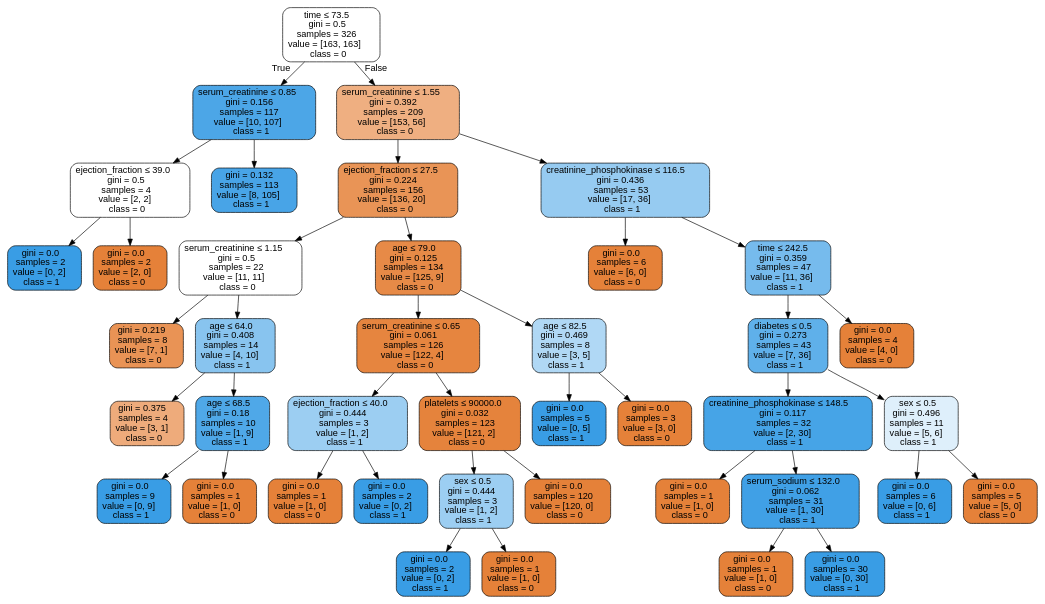
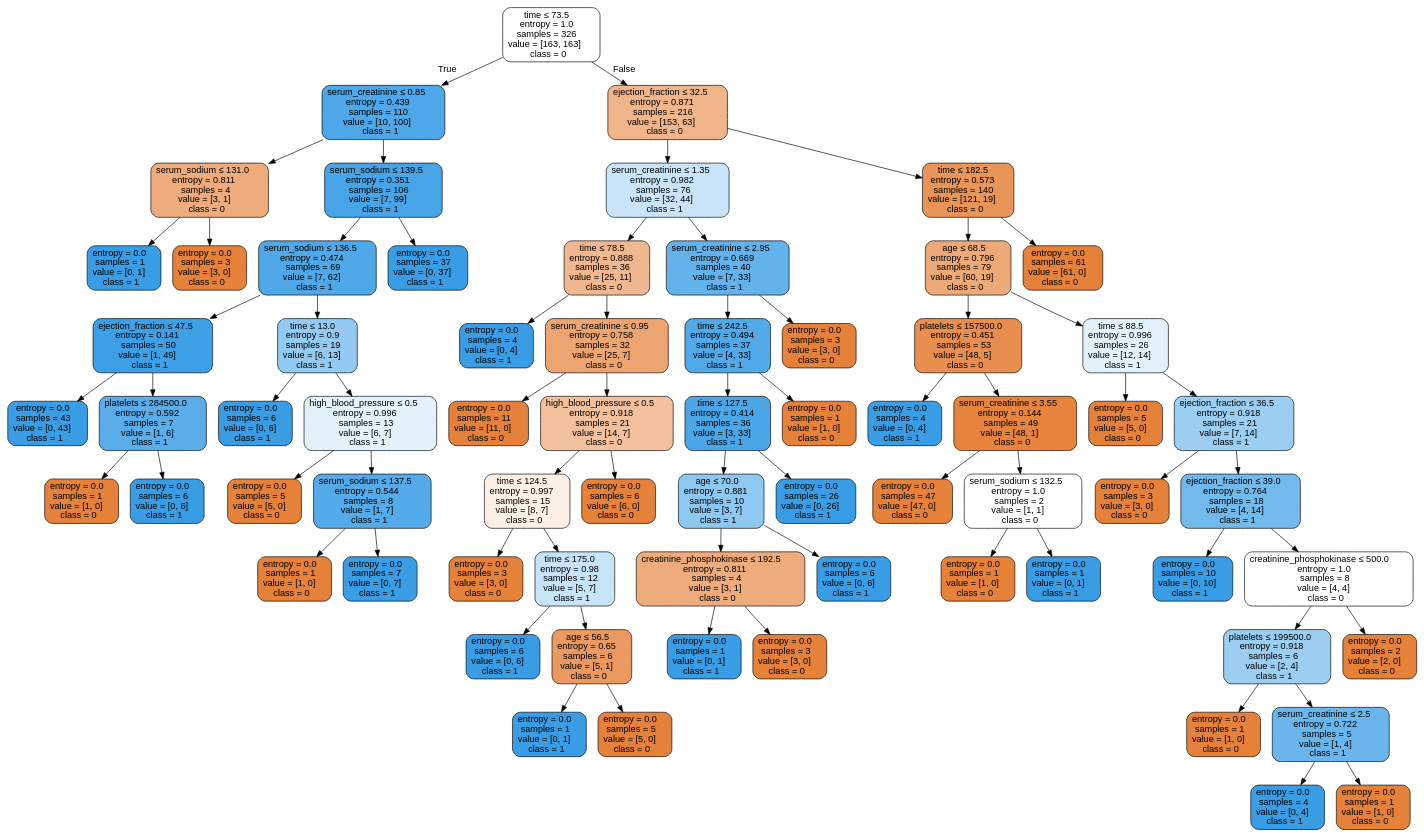
Before and after one commit to isabelSoares/CD-2021: the diagram in Labs/NewClassifiers/Results/DecisionTrees/SMOTE/First/HFCR - SMOTE - dtree.dot, drawn with Graphviz. The commit also changed 173 other files, not shown here.

```diff
--- a/Labs/NewClassifiers/Results/DecisionTrees/SMOTE/First/HFCR - SMOTE - dtree.dot
+++ b/Labs/NewClassifiers/Results/DecisionTrees/SMOTE/First/HFCR - SMOTE - dtree.dot
@@ -1,85 +1,141 @@
 digraph Tree {
 node [shape=box, style="filled, rounded", color="black", fontname=helvetica] ;
 edge [fontname=helvetica] ;
-0 [label=<time &le; 73.5<br/>gini = 0.5<br/>samples = 326<br/>value = [163, 163]<br/>class = 0>, fillcolor="#ffffff"] ;
-1 [label=<serum_creatinine &le; 0.85<br/>gini = 0.156<br/>samples = 117<br/>value = [10, 107]<br/>class = 1>, fillcolor="#4ca6e7"] ;
+0 [label=<time &le; 73.5<br/>entropy = 1.0<br/>samples = 326<br/>value = [163, 163]<br/>class = 0>, fillcolor="#ffffff"] ;
+1 [label=<serum_creatinine &le; 0.85<br/>entropy = 0.439<br/>samples = 110<br/>value = [10, 100]<br/>class = 1>, fillcolor="#4da7e8"] ;
 0 -> 1 [labeldistance=2.5, labelangle=45, headlabel="True"] ;
-2 [label=<ejection_fraction &le; 39.0<br/>gini = 0.5<br/>samples = 4<br/>value = [2, 2]<br/>class = 0>, fillcolor="#ffffff"] ;
+2 [label=<serum_sodium &le; 131.0<br/>entropy = 0.811<br/>samples = 4<br/>value = [3, 1]<br/>class = 0>, fillcolor="#eeab7b"] ;
 1 -> 2 ;
-3 [label=<gini = 0.0<br/>samples = 2<br/>value = [0, 2]<br/>class = 1>, fillcolor="#399de5"] ;
+3 [label=<entropy = 0.0<br/>samples = 1<br/>value = [0, 1]<br/>class = 1>, fillcolor="#399de5"] ;
 2 -> 3 ;
-4 [label=<gini = 0.0<br/>samples = 2<br/>value = [2, 0]<br/>class = 0>, fillcolor="#e58139"] ;
+4 [label=<entropy = 0.0<br/>samples = 3<br/>value = [3, 0]<br/>class = 0>, fillcolor="#e58139"] ;
 2 -> 4 ;
-5 [label=<gini = 0.132<br/>samples = 113<br/>value = [8, 105]<br/>class = 1>, fillcolor="#48a4e7"] ;
+5 [label=<serum_sodium &le; 139.5<br/>entropy = 0.351<br/>samples = 106<br/>value = [7, 99]<br/>class = 1>, fillcolor="#47a4e7"] ;
 1 -> 5 ;
-6 [label=<serum_creatinine &le; 1.55<br/>gini = 0.392<br/>samples = 209<br/>value = [153, 56]<br/>class = 0>, fillcolor="#efaf81"] ;
-0 -> 6 [labeldistance=2.5, labelangle=-45, headlabel="False"] ;
-7 [label=<ejection_fraction &le; 27.5<br/>gini = 0.224<br/>samples = 156<br/>value = [136, 20]<br/>class = 0>, fillcolor="#e99456"] ;
+6 [label=<serum_sodium &le; 136.5<br/>entropy = 0.474<br/>samples = 69<br/>value = [7, 62]<br/>class = 1>, fillcolor="#4fa8e8"] ;
+5 -> 6 ;
+7 [label=<ejection_fraction &le; 47.5<br/>entropy = 0.141<br/>samples = 50<br/>value = [1, 49]<br/>class = 1>, fillcolor="#3d9fe6"] ;
 6 -> 7 ;
-8 [label=<serum_creatinine &le; 1.15<br/>gini = 0.5<br/>samples = 22<br/>value = [11, 11]<br/>class = 0>, fillcolor="#ffffff"] ;
+8 [label=<entropy = 0.0<br/>samples = 43<br/>value = [0, 43]<br/>class = 1>, fillcolor="#399de5"] ;
 7 -> 8 ;
-9 [label=<gini = 0.219<br/>samples = 8<br/>value = [7, 1]<br/>class = 0>, fillcolor="#e99355"] ;
-8 -> 9 ;
-10 [label=<age &le; 64.0<br/>gini = 0.408<br/>samples = 14<br/>value = [4, 10]<br/>class = 1>, fillcolor="#88c4ef"] ;
-8 -> 10 ;
-11 [label=<gini = 0.375<br/>samples = 4<br/>value = [3, 1]<br/>class = 0>, fillcolor="#eeab7b"] ;
-10 -> 11 ;
-12 [label=<age &le; 68.5<br/>gini = 0.18<br/>samples = 10<br/>value = [1, 9]<br/>class = 1>, fillcolor="#4fa8e8"] ;
-10 -> 12 ;
-13 [label=<gini = 0.0<br/>samples = 9<br/>value = [0, 9]<br/>class = 1>, fillcolor="#399de5"] ;
+9 [label=<platelets &le; 284500.0<br/>entropy = 0.592<br/>samples = 7<br/>value = [1, 6]<br/>class = 1>, fillcolor="#5aade9"] ;
+7 -> 9 ;
+10 [label=<entropy = 0.0<br/>samples = 1<br/>value = [1, 0]<br/>class = 0>, fillcolor="#e58139"] ;
+9 -> 10 ;
+11 [label=<entropy = 0.0<br/>samples = 6<br/>value = [0, 6]<br/>class = 1>, fillcolor="#399de5"] ;
+9 -> 11 ;
+12 [label=<time &le; 13.0<br/>entropy = 0.9<br/>samples = 19<br/>value = [6, 13]<br/>class = 1>, fillcolor="#94caf1"] ;
+6 -> 12 ;
+13 [label=<entropy = 0.0<br/>samples = 6<br/>value = [0, 6]<br/>class = 1>, fillcolor="#399de5"] ;
 12 -> 13 ;
-14 [label=<gini = 0.0<br/>samples = 1<br/>value = [1, 0]<br/>class = 0>, fillcolor="#e58139"] ;
+14 [label=<high_blood_pressure &le; 0.5<br/>entropy = 0.996<br/>samples = 13<br/>value = [6, 7]<br/>class = 1>, fillcolor="#e3f1fb"] ;
 12 -> 14 ;
-15 [label=<age &le; 79.0<br/>gini = 0.125<br/>samples = 134<br/>value = [125, 9]<br/>class = 0>, fillcolor="#e78a47"] ;
-7 -> 15 ;
-16 [label=<serum_creatinine &le; 0.65<br/>gini = 0.061<br/>samples = 126<br/>value = [122, 4]<br/>class = 0>, fillcolor="#e6853f"] ;
-15 -> 16 ;
-17 [label=<ejection_fraction &le; 40.0<br/>gini = 0.444<br/>samples = 3<br/>value = [1, 2]<br/>class = 1>, fillcolor="#9ccef2"] ;
+15 [label=<entropy = 0.0<br/>samples = 5<br/>value = [5, 0]<br/>class = 0>, fillcolor="#e58139"] ;
+14 -> 15 ;
+16 [label=<serum_sodium &le; 137.5<br/>entropy = 0.544<br/>samples = 8<br/>value = [1, 7]<br/>class = 1>, fillcolor="#55abe9"] ;
+14 -> 16 ;
+17 [label=<entropy = 0.0<br/>samples = 1<br/>value = [1, 0]<br/>class = 0>, fillcolor="#e58139"] ;
 16 -> 17 ;
-18 [label=<gini = 0.0<br/>samples = 1<br/>value = [1, 0]<br/>class = 0>, fillcolor="#e58139"] ;
-17 -> 18 ;
-19 [label=<gini = 0.0<br/>samples = 2<br/>value = [0, 2]<br/>class = 1>, fillcolor="#399de5"] ;
-17 -> 19 ;
-20 [label=<platelets &le; 90000.0<br/>gini = 0.032<br/>samples = 123<br/>value = [121, 2]<br/>class = 0>, fillcolor="#e5833c"] ;
-16 -> 20 ;
-21 [label=<sex &le; 0.5<br/>gini = 0.444<br/>samples = 3<br/>value = [1, 2]<br/>class = 1>, fillcolor="#9ccef2"] ;
+18 [label=<entropy = 0.0<br/>samples = 7<br/>value = [0, 7]<br/>class = 1>, fillcolor="#399de5"] ;
+16 -> 18 ;
+19 [label=<entropy = 0.0<br/>samples = 37<br/>value = [0, 37]<br/>class = 1>, fillcolor="#399de5"] ;
+5 -> 19 ;
+20 [label=<ejection_fraction &le; 32.5<br/>entropy = 0.871<br/>samples = 216<br/>value = [153, 63]<br/>class = 0>, fillcolor="#f0b58b"] ;
+0 -> 20 [labeldistance=2.5, labelangle=-45, headlabel="False"] ;
+21 [label=<serum_creatinine &le; 1.35<br/>entropy = 0.982<br/>samples = 76<br/>value = [32, 44]<br/>class = 1>, fillcolor="#c9e4f8"] ;
 20 -> 21 ;
-22 [label=<gini = 0.0<br/>samples = 2<br/>value = [0, 2]<br/>class = 1>, fillcolor="#399de5"] ;
+22 [label=<time &le; 78.5<br/>entropy = 0.888<br/>samples = 36<br/>value = [25, 11]<br/>class = 0>, fillcolor="#f0b890"] ;
 21 -> 22 ;
-23 [label=<gini = 0.0<br/>samples = 1<br/>value = [1, 0]<br/>class = 0>, fillcolor="#e58139"] ;
-21 -> 23 ;
-24 [label=<gini = 0.0<br/>samples = 120<br/>value = [120, 0]<br/>class = 0>, fillcolor="#e58139"] ;
-20 -> 24 ;
-25 [label=<age &le; 82.5<br/>gini = 0.469<br/>samples = 8<br/>value = [3, 5]<br/>class = 1>, fillcolor="#b0d8f5"] ;
-15 -> 25 ;
-26 [label=<gini = 0.0<br/>samples = 5<br/>value = [0, 5]<br/>class = 1>, fillcolor="#399de5"] ;
-25 -> 26 ;
-27 [label=<gini = 0.0<br/>samples = 3<br/>value = [3, 0]<br/>class = 0>, fillcolor="#e58139"] ;
-25 -> 27 ;
-28 [label=<creatinine_phosphokinase &le; 116.5<br/>gini = 0.436<br/>samples = 53<br/>value = [17, 36]<br/>class = 1>, fillcolor="#96cbf1"] ;
-6 -> 28 ;
-29 [label=<gini = 0.0<br/>samples = 6<br/>value = [6, 0]<br/>class = 0>, fillcolor="#e58139"] ;
-28 -> 29 ;
-30 [label=<time &le; 242.5<br/>gini = 0.359<br/>samples = 47<br/>value = [11, 36]<br/>class = 1>, fillcolor="#76bbed"] ;
-28 -> 30 ;
-31 [label=<diabetes &le; 0.5<br/>gini = 0.273<br/>samples = 43<br/>value = [7, 36]<br/>class = 1>, fillcolor="#5fb0ea"] ;
-30 -> 31 ;
-32 [label=<creatinine_phosphokinase &le; 148.5<br/>gini = 0.117<br/>samples = 32<br/>value = [2, 30]<br/>class = 1>, fillcolor="#46a4e7"] ;
+23 [label=<entropy = 0.0<br/>samples = 4<br/>value = [0, 4]<br/>class = 1>, fillcolor="#399de5"] ;
+22 -> 23 ;
+24 [label=<serum_creatinine &le; 0.95<br/>entropy = 0.758<br/>samples = 32<br/>value = [25, 7]<br/>class = 0>, fillcolor="#eca470"] ;
+22 -> 24 ;
+25 [label=<entropy = 0.0<br/>samples = 11<br/>value = [11, 0]<br/>class = 0>, fillcolor="#e58139"] ;
+24 -> 25 ;
+26 [label=<high_blood_pressure &le; 0.5<br/>entropy = 0.918<br/>samples = 21<br/>value = [14, 7]<br/>class = 0>, fillcolor="#f2c09c"] ;
+24 -> 26 ;
+27 [label=<time &le; 124.5<br/>entropy = 0.997<br/>samples = 15<br/>value = [8, 7]<br/>class = 0>, fillcolor="#fcefe6"] ;
+26 -> 27 ;
+28 [label=<entropy = 0.0<br/>samples = 3<br/>value = [3, 0]<br/>class = 0>, fillcolor="#e58139"] ;
+27 -> 28 ;
+29 [label=<time &le; 175.0<br/>entropy = 0.98<br/>samples = 12<br/>value = [5, 7]<br/>class = 1>, fillcolor="#c6e3f8"] ;
+27 -> 29 ;
+30 [label=<entropy = 0.0<br/>samples = 6<br/>value = [0, 6]<br/>class = 1>, fillcolor="#399de5"] ;
+29 -> 30 ;
+31 [label=<age &le; 56.5<br/>entropy = 0.65<br/>samples = 6<br/>value = [5, 1]<br/>class = 0>, fillcolor="#ea9a61"] ;
+29 -> 31 ;
+32 [label=<entropy = 0.0<br/>samples = 1<br/>value = [0, 1]<br/>class = 1>, fillcolor="#399de5"] ;
 31 -> 32 ;
-33 [label=<gini = 0.0<br/>samples = 1<br/>value = [1, 0]<br/>class = 0>, fillcolor="#e58139"] ;
-32 -> 33 ;
-34 [label=<serum_sodium &le; 132.0<br/>gini = 0.062<br/>samples = 31<br/>value = [1, 30]<br/>class = 1>, fillcolor="#40a0e6"] ;
-32 -> 34 ;
-35 [label=<gini = 0.0<br/>samples = 1<br/>value = [1, 0]<br/>class = 0>, fillcolor="#e58139"] ;
-34 -> 35 ;
-36 [label=<gini = 0.0<br/>samples = 30<br/>value = [0, 30]<br/>class = 1>, fillcolor="#399de5"] ;
-34 -> 36 ;
-37 [label=<sex &le; 0.5<br/>gini = 0.496<br/>samples = 11<br/>value = [5, 6]<br/>class = 1>, fillcolor="#deeffb"] ;
-31 -> 37 ;
-38 [label=<gini = 0.0<br/>samples = 6<br/>value = [0, 6]<br/>class = 1>, fillcolor="#399de5"] ;
+33 [label=<entropy = 0.0<br/>samples = 5<br/>value = [5, 0]<br/>class = 0>, fillcolor="#e58139"] ;
+31 -> 33 ;
+34 [label=<entropy = 0.0<br/>samples = 6<br/>value = [6, 0]<br/>class = 0>, fillcolor="#e58139"] ;
+26 -> 34 ;
+35 [label=<serum_creatinine &le; 2.95<br/>entropy = 0.669<br/>samples = 40<br/>value = [7, 33]<br/>class = 1>, fillcolor="#63b2eb"] ;
+21 -> 35 ;
+36 [label=<time &le; 242.5<br/>entropy = 0.494<br/>samples = 37<br/>value = [4, 33]<br/>class = 1>, fillcolor="#51a9e8"] ;
+35 -> 36 ;
+37 [label=<time &le; 127.5<br/>entropy = 0.414<br/>samples = 36<br/>value = [3, 33]<br/>class = 1>, fillcolor="#4ba6e7"] ;
+36 -> 37 ;
+38 [label=<age &le; 70.0<br/>entropy = 0.881<br/>samples = 10<br/>value = [3, 7]<br/>class = 1>, fillcolor="#8ec7f0"] ;
 37 -> 38 ;
-39 [label=<gini = 0.0<br/>samples = 5<br/>value = [5, 0]<br/>class = 0>, fillcolor="#e58139"] ;
-37 -> 39 ;
-40 [label=<gini = 0.0<br/>samples = 4<br/>value = [4, 0]<br/>class = 0>, fillcolor="#e58139"] ;
-30 -> 40 ;
+39 [label=<creatinine_phosphokinase &le; 192.5<br/>entropy = 0.811<br/>samples = 4<br/>value = [3, 1]<br/>class = 0>, fillcolor="#eeab7b"] ;
+38 -> 39 ;
+40 [label=<entropy = 0.0<br/>samples = 1<br/>value = [0, 1]<br/>class = 1>, fillcolor="#399de5"] ;
+39 -> 40 ;
+41 [label=<entropy = 0.0<br/>samples = 3<br/>value = [3, 0]<br/>class = 0>, fillcolor="#e58139"] ;
+39 -> 41 ;
+42 [label=<entropy = 0.0<br/>samples = 6<br/>value = [0, 6]<br/>class = 1>, fillcolor="#399de5"] ;
+38 -> 42 ;
+43 [label=<entropy = 0.0<br/>samples = 26<br/>value = [0, 26]<br/>class = 1>, fillcolor="#399de5"] ;
+37 -> 43 ;
+44 [label=<entropy = 0.0<br/>samples = 1<br/>value = [1, 0]<br/>class = 0>, fillcolor="#e58139"] ;
+36 -> 44 ;
+45 [label=<entropy = 0.0<br/>samples = 3<br/>value = [3, 0]<br/>class = 0>, fillcolor="#e58139"] ;
+35 -> 45 ;
+46 [label=<time &le; 182.5<br/>entropy = 0.573<br/>samples = 140<br/>value = [121, 19]<br/>class = 0>, fillcolor="#e99558"] ;
+20 -> 46 ;
+47 [label=<age &le; 68.5<br/>entropy = 0.796<br/>samples = 79<br/>value = [60, 19]<br/>class = 0>, fillcolor="#eda978"] ;
+46 -> 47 ;
+48 [label=<platelets &le; 157500.0<br/>entropy = 0.451<br/>samples = 53<br/>value = [48, 5]<br/>class = 0>, fillcolor="#e88e4e"] ;
+47 -> 48 ;
+49 [label=<entropy = 0.0<br/>samples = 4<br/>value = [0, 4]<br/>class = 1>, fillcolor="#399de5"] ;
+48 -> 49 ;
+50 [label=<serum_creatinine &le; 3.55<br/>entropy = 0.144<br/>samples = 49<br/>value = [48, 1]<br/>class = 0>, fillcolor="#e6843d"] ;
+48 -> 50 ;
+51 [label=<entropy = 0.0<br/>samples = 47<br/>value = [47, 0]<br/>class = 0>, fillcolor="#e58139"] ;
+50 -> 51 ;
+52 [label=<serum_sodium &le; 132.5<br/>entropy = 1.0<br/>samples = 2<br/>value = [1, 1]<br/>class = 0>, fillcolor="#ffffff"] ;
+50 -> 52 ;
+53 [label=<entropy = 0.0<br/>samples = 1<br/>value = [1, 0]<br/>class = 0>, fillcolor="#e58139"] ;
+52 -> 53 ;
+54 [label=<entropy = 0.0<br/>samples = 1<br/>value = [0, 1]<br/>class = 1>, fillcolor="#399de5"] ;
+52 -> 54 ;
+55 [label=<time &le; 88.5<br/>entropy = 0.996<br/>samples = 26<br/>value = [12, 14]<br/>class = 1>, fillcolor="#e3f1fb"] ;
+47 -> 55 ;
+56 [label=<entropy = 0.0<br/>samples = 5<br/>value = [5, 0]<br/>class = 0>, fillcolor="#e58139"] ;
+55 -> 56 ;
+57 [label=<ejection_fraction &le; 36.5<br/>entropy = 0.918<br/>samples = 21<br/>value = [7, 14]<br/>class = 1>, fillcolor="#9ccef2"] ;
+55 -> 57 ;
+58 [label=<entropy = 0.0<br/>samples = 3<br/>value = [3, 0]<br/>class = 0>, fillcolor="#e58139"] ;
+57 -> 58 ;
+59 [label=<ejection_fraction &le; 39.0<br/>entropy = 0.764<br/>samples = 18<br/>value = [4, 14]<br/>class = 1>, fillcolor="#72b9ec"] ;
+57 -> 59 ;
+60 [label=<entropy = 0.0<br/>samples = 10<br/>value = [0, 10]<br/>class = 1>, fillcolor="#399de5"] ;
+59 -> 60 ;
+61 [label=<creatinine_phosphokinase &le; 500.0<br/>entropy = 1.0<br/>samples = 8<br/>value = [4, 4]<br/>class = 0>, fillcolor="#ffffff"] ;
+59 -> 61 ;
+62 [label=<platelets &le; 199500.0<br/>entropy = 0.918<br/>samples = 6<br/>value = [2, 4]<br/>class = 1>, fillcolor="#9ccef2"] ;
+61 -> 62 ;
+63 [label=<entropy = 0.0<br/>samples = 1<br/>value = [1, 0]<br/>class = 0>, fillcolor="#e58139"] ;
+62 -> 63 ;
+64 [label=<serum_creatinine &le; 2.5<br/>entropy = 0.722<br/>samples = 5<br/>value = [1, 4]<br/>class = 1>, fillcolor="#6ab6ec"] ;
+62 -> 64 ;
+65 [label=<entropy = 0.0<br/>samples = 4<br/>value = [0, 4]<br/>class = 1>, fillcolor="#399de5"] ;
+64 -> 65 ;
+66 [label=<entropy = 0.0<br/>samples = 1<br/>value = [1, 0]<br/>class = 0>, fillcolor="#e58139"] ;
+64 -> 66 ;
+67 [label=<entropy = 0.0<br/>samples = 2<br/>value = [2, 0]<br/>class = 0>, fillcolor="#e58139"] ;
+61 -> 67 ;
+68 [label=<entropy = 0.0<br/>samples = 61<br/>value = [61, 0]<br/>class = 0>, fillcolor="#e58139"] ;
+46 -> 68 ;
 }
```
